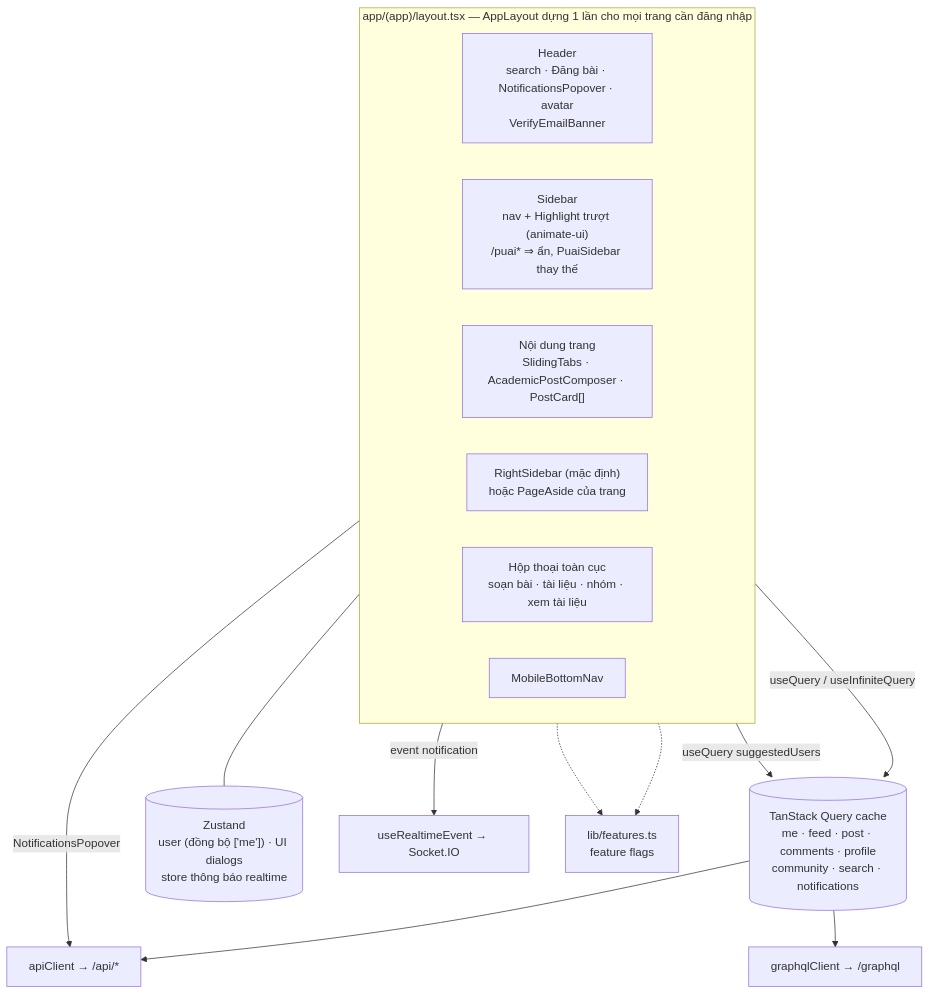
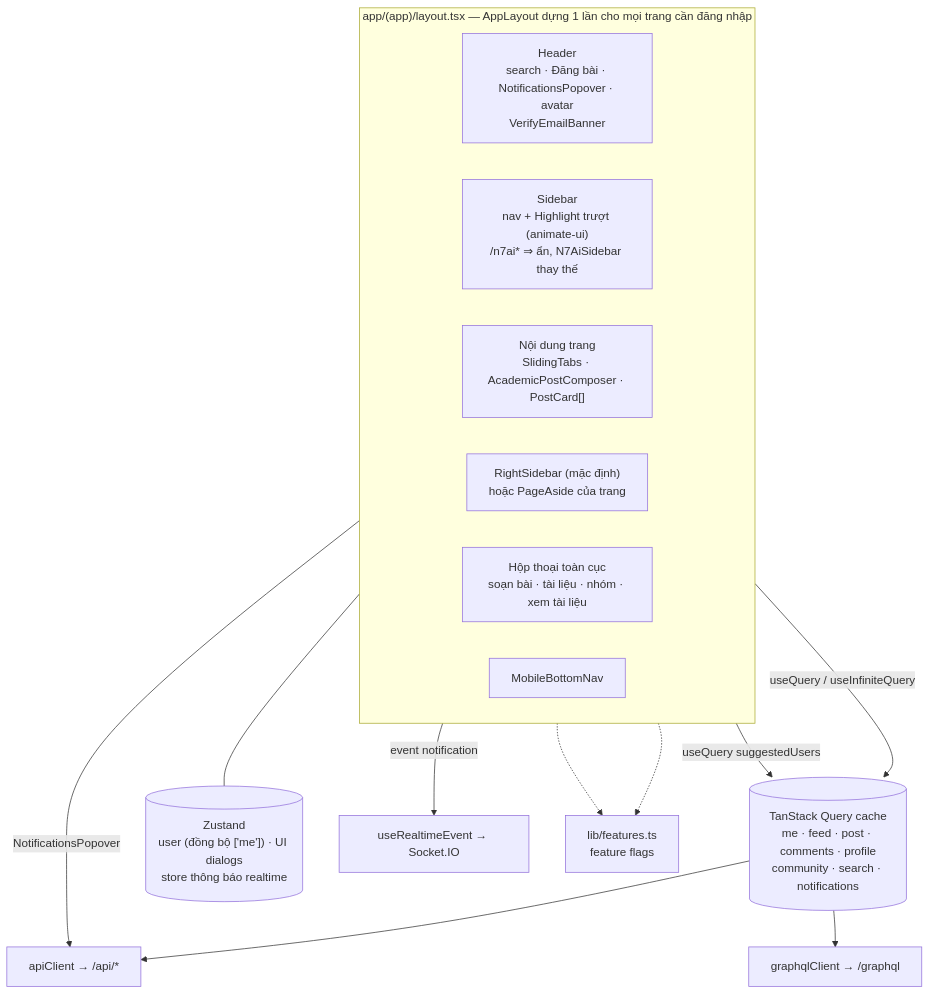
Before and after one commit to nhatcoi/pu-connect: the second of 2 diagrams in docs/diagrams/07-web-app.md, drawn with Mermaid. The commit also changed other lines of this file and 15 other files, not shown here.

````diff
--- a/docs/diagrams/07-web-app.md
+++ b/docs/diagrams/07-web-app.md
@@ -69,28 +69,28 @@
 ```mermaid
 flowchart TB
   subgraph Shell["app/(app)/layout.tsx — AppLayout dựng 1 lần cho mọi trang cần đăng nhập"]
     direction LR
     header["Header<br/>search · Đăng bài · NotificationsPopover · avatar<br/>VerifyEmailBanner"]
-    sidebar["Sidebar<br/>nav + Highlight trượt (animate-ui)<br/>/puai* ⇒ ẩn, PuaiSidebar thay thế"]
+    sidebar["Sidebar<br/>nav + Highlight trượt (animate-ui)<br/>/n7ai* ⇒ ẩn, N7AiSidebar thay thế"]
     main["Nội dung trang<br/>SlidingTabs · AcademicPostComposer · PostCard[]"]
     right["RightSidebar (mặc định)<br/>hoặc PageAside của trang"]
     dialogs["Hộp thoại toàn cục<br/>soạn bài · tài liệu · nhóm · xem tài liệu"]
     mnav["MobileBottomNav"]
   end
 
   rq[("TanStack Query cache<br/>me · feed · post · comments · profile<br/>community · search · notifications")]
   store[("Zustand<br/>user (đồng bộ ['me']) · UI dialogs<br/>store thông báo realtime")]
   rest["apiClient → /api/*"]
   gql["graphqlClient → /graphql"]
   rt["useRealtimeEvent → Socket.IO"]
   flags["lib/features.ts<br/>feature flags"]
 
   main -->|useQuery / useInfiniteQuery| rq
   right -->|useQuery suggestedUsers| rq
   rq --> rest & gql
   sidebar -.-> flags
   right -.-> flags
   header -->|NotificationsPopover| rest
   header -->|event notification| rt
   Shell --- store
 ```
````
